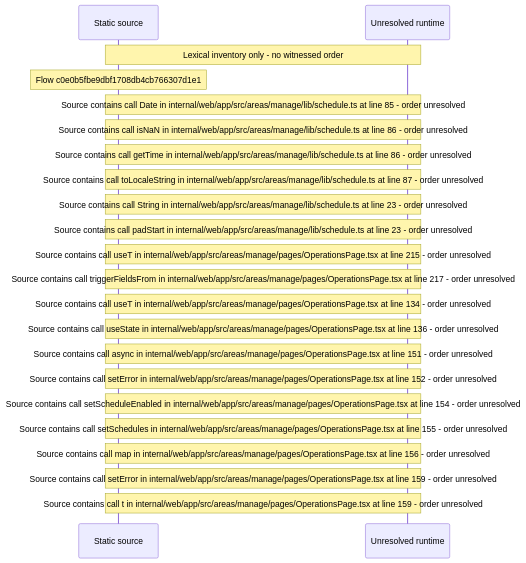
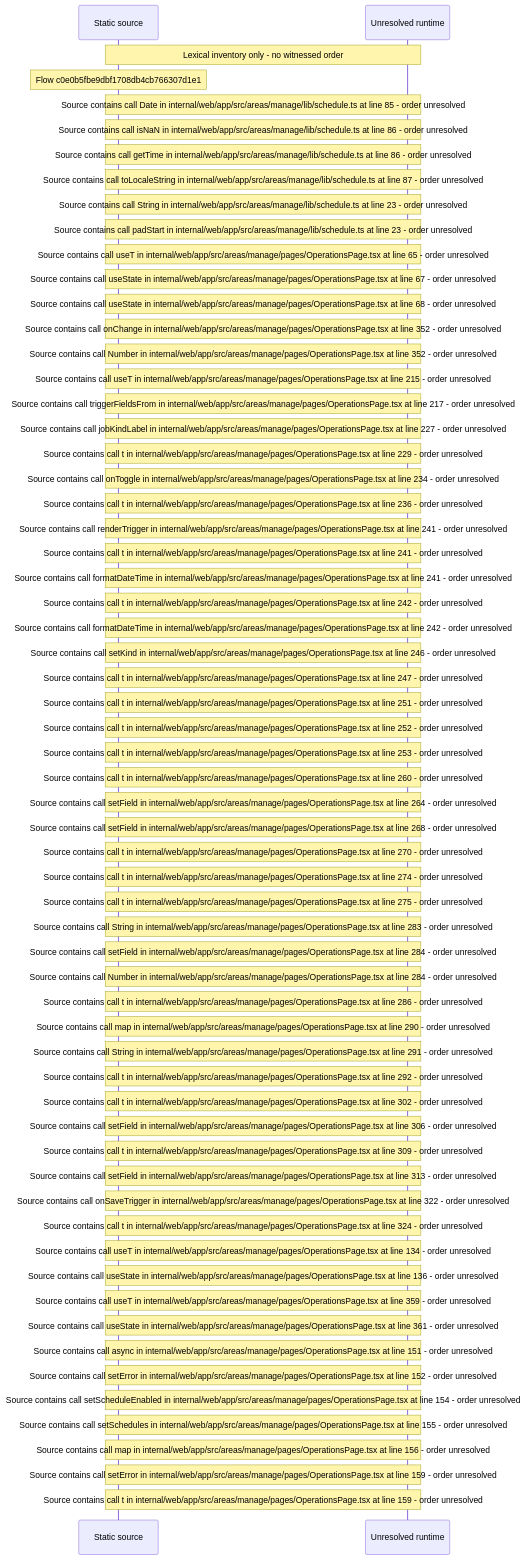
The diagram in docs/web/flows/generated/c0e0b5fbe9dbf1708db4cb766307d1e1/flow-diagram.md (beamfall/core), drawn with Mermaid before and after one commit. The commit also changed other lines of this file and 699 other files, not shown here.

Commit message:
Regenerate the web flow record with flow generator version 5

````diff
--- a/docs/web/flows/generated/c0e0b5fbe9dbf1708db4cb766307d1e1/flow-diagram.md
+++ b/docs/web/flows/generated/c0e0b5fbe9dbf1708db4cb766307d1e1/flow-diagram.md
@@ -10,24 +10,64 @@
 ```mermaid
 sequenceDiagram
     participant S as Static source
     participant U as Unresolved runtime
     Note over S,U: Lexical inventory only - no witnessed order
     Note over S: Flow c0e0b5fbe9dbf1708db4cb766307d1e1
     Note over S,U: Source contains call Date in internal/web/app/src/areas/manage/lib/schedule.ts at line 85 - order unresolved
     Note over S,U: Source contains call isNaN in internal/web/app/src/areas/manage/lib/schedule.ts at line 86 - order unresolved
     Note over S,U: Source contains call getTime in internal/web/app/src/areas/manage/lib/schedule.ts at line 86 - order unresolved
     Note over S,U: Source contains call toLocaleString in internal/web/app/src/areas/manage/lib/schedule.ts at line 87 - order unresolved
     Note over S,U: Source contains call String in internal/web/app/src/areas/manage/lib/schedule.ts at line 23 - order unresolved
     Note over S,U: Source contains call padStart in internal/web/app/src/areas/manage/lib/schedule.ts at line 23 - order unresolved
+    Note over S,U: Source contains call useT in internal/web/app/src/areas/manage/pages/OperationsPage.tsx at line 65 - order unresolved
+    Note over S,U: Source contains call useState in internal/web/app/src/areas/manage/pages/OperationsPage.tsx at line 67 - order unresolved
+    Note over S,U: Source contains call useState in internal/web/app/src/areas/manage/pages/OperationsPage.tsx at line 68 - order unresolved
+    Note over S,U: Source contains call onChange in internal/web/app/src/areas/manage/pages/OperationsPage.tsx at line 352 - order unresolved
+    Note over S,U: Source contains call Number in internal/web/app/src/areas/manage/pages/OperationsPage.tsx at line 352 - order unresolved
     Note over S,U: Source contains call useT in internal/web/app/src/areas/manage/pages/OperationsPage.tsx at line 215 - order unresolved
     Note over S,U: Source contains call triggerFieldsFrom in internal/web/app/src/areas/manage/pages/OperationsPage.tsx at line 217 - order unresolved
+    Note over S,U: Source contains call jobKindLabel in internal/web/app/src/areas/manage/pages/OperationsPage.tsx at line 227 - order unresolved
+    Note over S,U: Source contains call t in internal/web/app/src/areas/manage/pages/OperationsPage.tsx at line 229 - order unresolved
+    Note over S,U: Source contains call onToggle in internal/web/app/src/areas/manage/pages/OperationsPage.tsx at line 234 - order unresolved
+    Note over S,U: Source contains call t in internal/web/app/src/areas/manage/pages/OperationsPage.tsx at line 236 - order unresolved
+    Note over S,U: Source contains call renderTrigger in internal/web/app/src/areas/manage/pages/OperationsPage.tsx at line 241 - order unresolved
+    Note over S,U: Source contains call t in internal/web/app/src/areas/manage/pages/OperationsPage.tsx at line 241 - order unresolved
+    Note over S,U: Source contains call formatDateTime in internal/web/app/src/areas/manage/pages/OperationsPage.tsx at line 241 - order unresolved
+    Note over S,U: Source contains call t in internal/web/app/src/areas/manage/pages/OperationsPage.tsx at line 242 - order unresolved
+    Note over S,U: Source contains call formatDateTime in internal/web/app/src/areas/manage/pages/OperationsPage.tsx at line 242 - order unresolved
+    Note over S,U: Source contains call setKind in internal/web/app/src/areas/manage/pages/OperationsPage.tsx at line 246 - order unresolved
+    Note over S,U: Source contains call t in internal/web/app/src/areas/manage/pages/OperationsPage.tsx at line 247 - order unresolved
+    Note over S,U: Source contains call t in internal/web/app/src/areas/manage/pages/OperationsPage.tsx at line 251 - order unresolved
+    Note over S,U: Source contains call t in internal/web/app/src/areas/manage/pages/OperationsPage.tsx at line 252 - order unresolved
+    Note over S,U: Source contains call t in internal/web/app/src/areas/manage/pages/OperationsPage.tsx at line 253 - order unresolved
+    Note over S,U: Source contains call t in internal/web/app/src/areas/manage/pages/OperationsPage.tsx at line 260 - order unresolved
+    Note over S,U: Source contains call setField in internal/web/app/src/areas/manage/pages/OperationsPage.tsx at line 264 - order unresolved
+    Note over S,U: Source contains call setField in internal/web/app/src/areas/manage/pages/OperationsPage.tsx at line 268 - order unresolved
+    Note over S,U: Source contains call t in internal/web/app/src/areas/manage/pages/OperationsPage.tsx at line 270 - order unresolved
+    Note over S,U: Source contains call t in internal/web/app/src/areas/manage/pages/OperationsPage.tsx at line 274 - order unresolved
+    Note over S,U: Source contains call t in internal/web/app/src/areas/manage/pages/OperationsPage.tsx at line 275 - order unresolved
+    Note over S,U: Source contains call String in internal/web/app/src/areas/manage/pages/OperationsPage.tsx at line 283 - order unresolved
+    Note over S,U: Source contains call setField in internal/web/app/src/areas/manage/pages/OperationsPage.tsx at line 284 - order unresolved
+    Note over S,U: Source contains call Number in internal/web/app/src/areas/manage/pages/OperationsPage.tsx at line 284 - order unresolved
+    Note over S,U: Source contains call t in internal/web/app/src/areas/manage/pages/OperationsPage.tsx at line 286 - order unresolved
+    Note over S,U: Source contains call map in internal/web/app/src/areas/manage/pages/OperationsPage.tsx at line 290 - order unresolved
+    Note over S,U: Source contains call String in internal/web/app/src/areas/manage/pages/OperationsPage.tsx at line 291 - order unresolved
+    Note over S,U: Source contains call t in internal/web/app/src/areas/manage/pages/OperationsPage.tsx at line 292 - order unresolved
+    Note over S,U: Source contains call t in internal/web/app/src/areas/manage/pages/OperationsPage.tsx at line 302 - order unresolved
+    Note over S,U: Source contains call setField in internal/web/app/src/areas/manage/pages/OperationsPage.tsx at line 306 - order unresolved
+    Note over S,U: Source contains call t in internal/web/app/src/areas/manage/pages/OperationsPage.tsx at line 309 - order unresolved
+    Note over S,U: Source contains call setField in internal/web/app/src/areas/manage/pages/OperationsPage.tsx at line 313 - order unresolved
+    Note over S,U: Source contains call onSaveTrigger in internal/web/app/src/areas/manage/pages/OperationsPage.tsx at line 322 - order unresolved
+    Note over S,U: Source contains call t in internal/web/app/src/areas/manage/pages/OperationsPage.tsx at line 324 - order unresolved
     Note over S,U: Source contains call useT in internal/web/app/src/areas/manage/pages/OperationsPage.tsx at line 134 - order unresolved
     Note over S,U: Source contains call useState in internal/web/app/src/areas/manage/pages/OperationsPage.tsx at line 136 - order unresolved
+    Note over S,U: Source contains call useT in internal/web/app/src/areas/manage/pages/OperationsPage.tsx at line 359 - order unresolved
+    Note over S,U: Source contains call useState in internal/web/app/src/areas/manage/pages/OperationsPage.tsx at line 361 - order unresolved
     Note over S,U: Source contains call async in internal/web/app/src/areas/manage/pages/OperationsPage.tsx at line 151 - order unresolved
     Note over S,U: Source contains call setError in internal/web/app/src/areas/manage/pages/OperationsPage.tsx at line 152 - order unresolved
     Note over S,U: Source contains call setScheduleEnabled in internal/web/app/src/areas/manage/pages/OperationsPage.tsx at line 154 - order unresolved
     Note over S,U: Source contains call setSchedules in internal/web/app/src/areas/manage/pages/OperationsPage.tsx at line 155 - order unresolved
     Note over S,U: Source contains call map in internal/web/app/src/areas/manage/pages/OperationsPage.tsx at line 156 - order unresolved
     Note over S,U: Source contains call setError in internal/web/app/src/areas/manage/pages/OperationsPage.tsx at line 159 - order unresolved
     Note over S,U: Source contains call t in internal/web/app/src/areas/manage/pages/OperationsPage.tsx at line 159 - order unresolved
 ```
````
